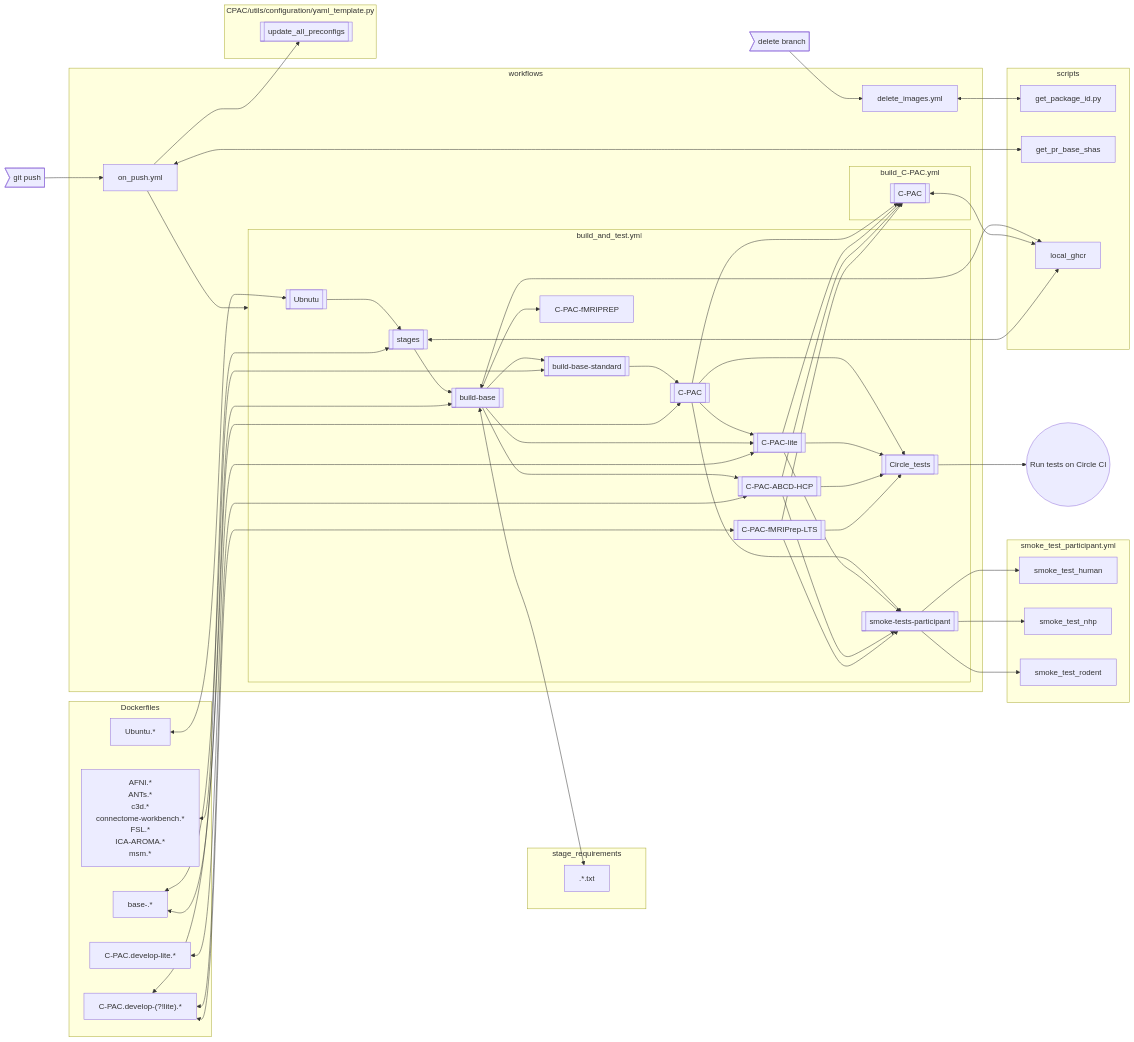
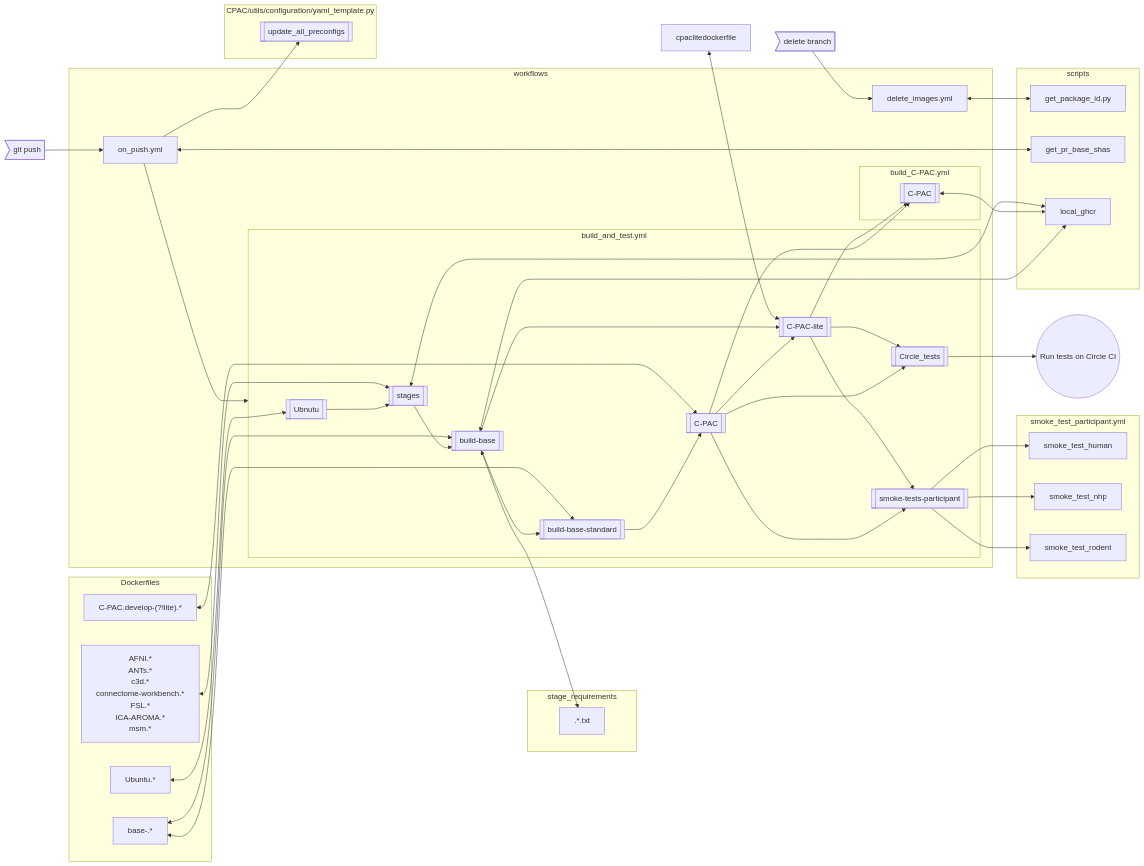
One commit to FCP-INDI/C-PAC changed the first of 2 diagrams in .github/README/README.md. Above: the diagram before and after it, drawn with Mermaid. The commit also changed 36 other files, not shown here.

```diff
--- a/.github/README/README.md
+++ b/.github/README/README.md
@@ -24,8 +24,6 @@
       base[base-.*]
 
       cpacdockerfiles["C-PAC.develop-(?!lite).*"]
-
-      cpaclitedockerfile[C-PAC.develop-lite.*]
 
       stagedockerfiles[AFNI.*\nANTs.*\nc3d.*\nconnectome-workbench.*\nFSL.*\nICA-AROMA.*\nmsm.*]
 
@@ -64,16 +62,6 @@
         C-PAC-lite-->Circle_tests
         C-PAC-lite-->smoke-tests-participant
 
-        build-base-->C-PAC-ABCD-HCP
-        C-PAC-ABCD-HCP[[C-PAC-ABCD-HCP]]-->bCPAC
-        C-PAC-ABCD-HCP-->Circle_tests
-        C-PAC-ABCD-HCP-->smoke-tests-participant
-
-        build-base-->C-PAC-fMRIPREP
-        C-PAC-fMRIPrep[[C-PAC-fMRIPrep-LTS]]-->bCPAC
-        C-PAC-fMRIPrep-->Circle_tests
-        C-PAC-fMRIPrep-->smoke-tests-participant
-
         smoke-tests-participant[[smoke-tests-participant]]
       end
 
@@ -95,8 +83,6 @@
     on_push.yml-->update_all_preconfigs
 
     cpacdockerfiles<-->C-PAC
-    cpacdockerfiles<-->C-PAC-ABCD-HCP
-    cpacdockerfiles<-->C-PAC-fMRIPrep
 
     cpaclitedockerfile<-->C-PAC-lite
 
```
